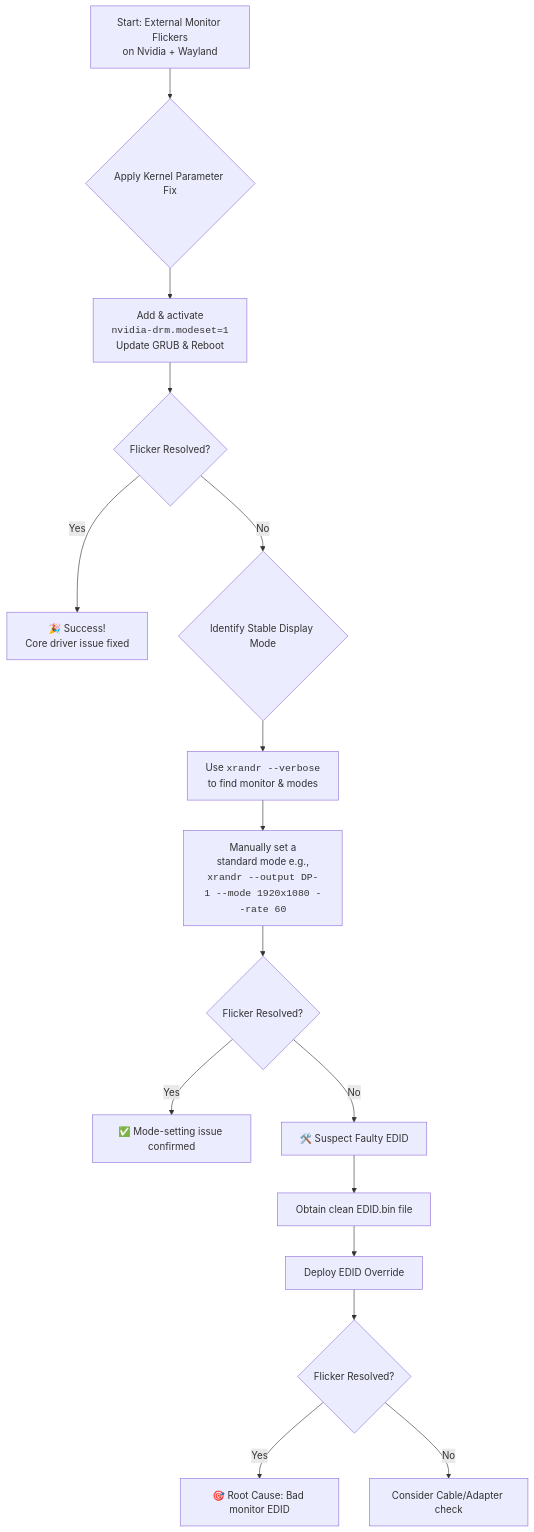
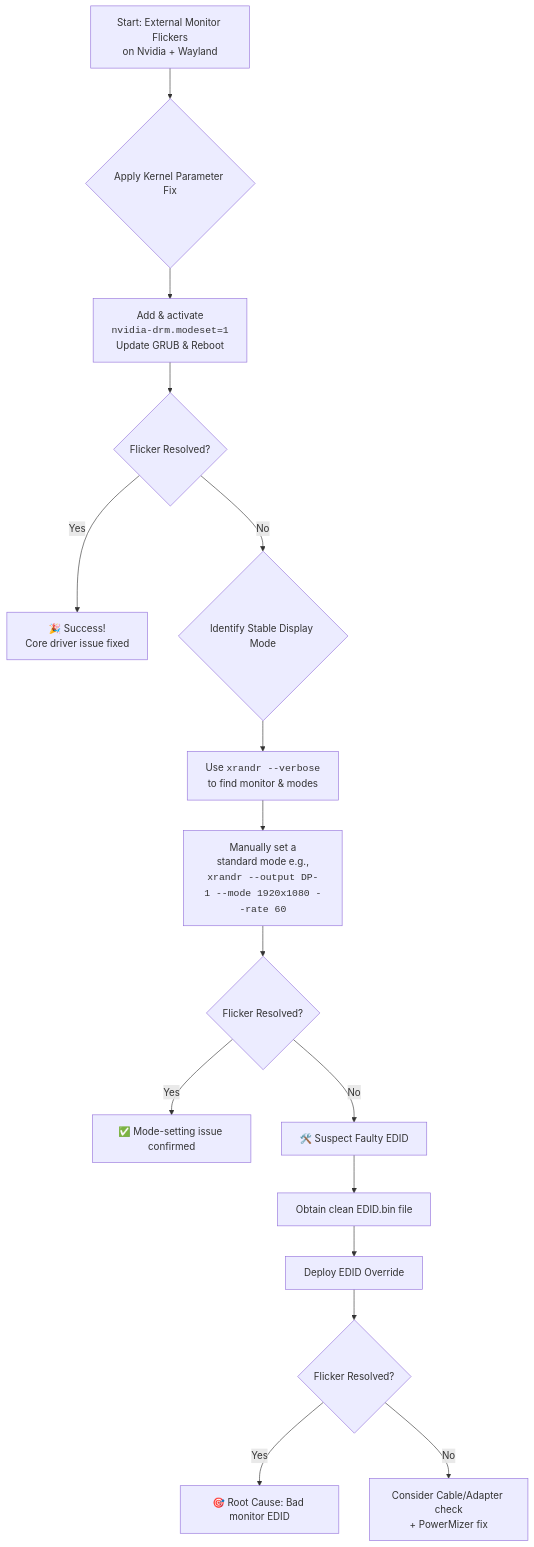
Before and after one commit to htghuzaifa2/huzi.pk-web-v2: the diagram in src/data/blogs/posts/tech/nvidia-wayland-external-monitor-flicker-fix.md, drawn with Mermaid. The commit also changed other lines of this file and 53 other files, not shown here.

````diff
--- a/src/data/blogs/posts/tech/nvidia-wayland-external-monitor-flicker-fix.md
+++ b/src/data/blogs/posts/tech/nvidia-wayland-external-monitor-flicker-fix.md
@@ -59,23 +114,23 @@
 ```mermaid
 flowchart TD
     A[Start: External Monitor Flickers<br>on Nvidia + Wayland] --> B{Apply Kernel Parameter Fix}
     B --> C[Add & activate<br><code>nvidia-drm.modeset=1</code><br>Update GRUB & Reboot]
     C --> D{Flicker Resolved?}
-    
+
     D -- Yes --> E[🎉 Success!<br>Core driver issue fixed]
     D -- No --> F{Identify Stable Display Mode}
-    
+
     F --> G[Use <code>xrandr --verbose</code><br>to find monitor & modes]
     G --> H[Manually set a<br>standard mode e.g.,<br><code>xrandr --output DP-1 --mode 1920x1080 --rate 60</code>]
     H --> I{Flicker Resolved?}
-    
+
     I -- Yes --> J[✅ Mode-setting issue confirmed]
     I -- No --> K[🛠️ Suspect Faulty EDID]
-    
+
     K --> L[Obtain clean EDID.bin file]
     L --> M[Deploy EDID Override]
     M --> N{Flicker Resolved?}
-    
+
     N -- Yes --> O[🎯 Root Cause: Bad monitor EDID]
-    N -- No --> P[Consider Cable/Adapter check]
+    N -- No --> P[Consider Cable/Adapter check<br>+ PowerMizer fix]
 ```
````
